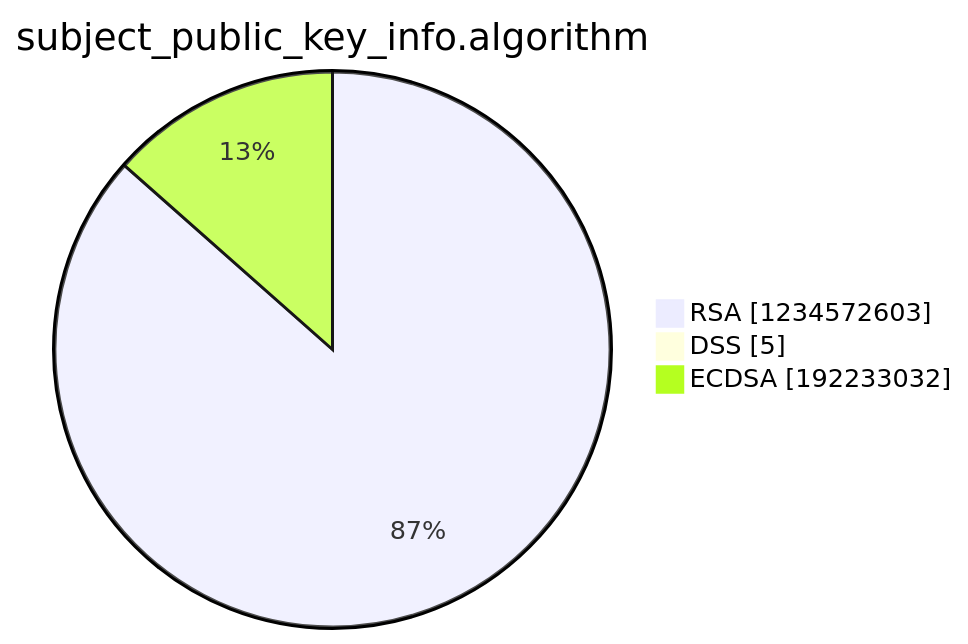
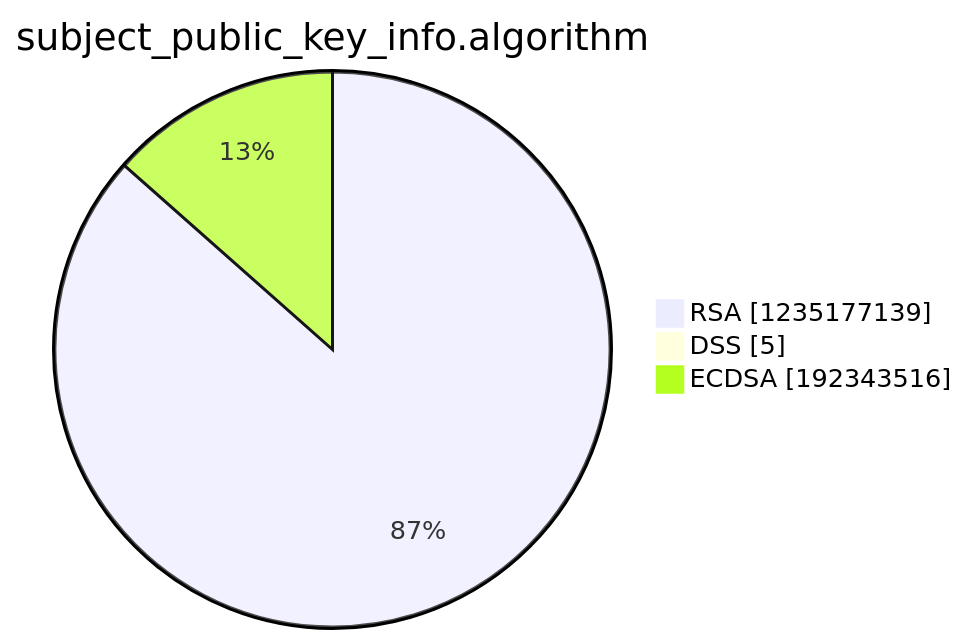
One commit to christiankrug/ctmonitor_visualization changed the third of 15 diagrams in argon2022/README.md. Above: the diagram before and after it, drawn with Mermaid. The commit also changed other lines of this file, not shown here.

````diff
--- a/argon2022/README.md
+++ b/argon2022/README.md
@@ -14,7 +14,7 @@
 ```mermaid
 pie showData
 title subject_public_key_info.algorithm
-"RSA" :1234572603
+"RSA" :1235177139
 "DSS" :5
-"ECDSA" :192233032
+"ECDSA" :192343516
 ```
````
